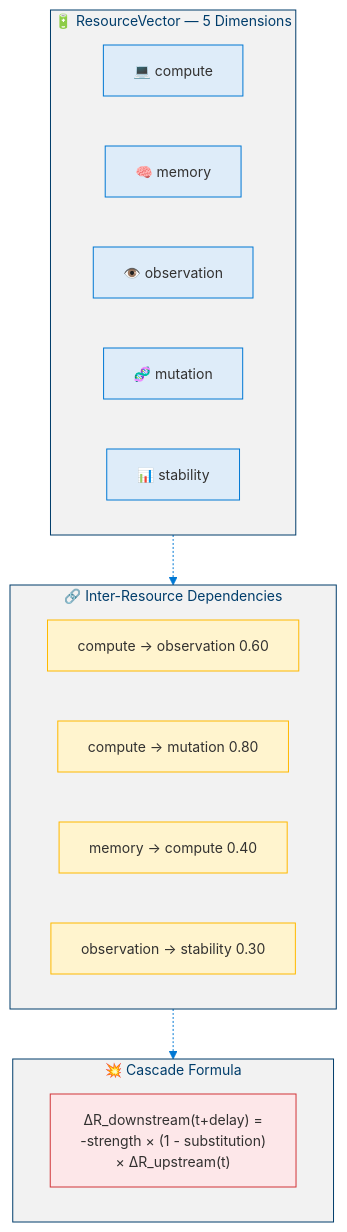
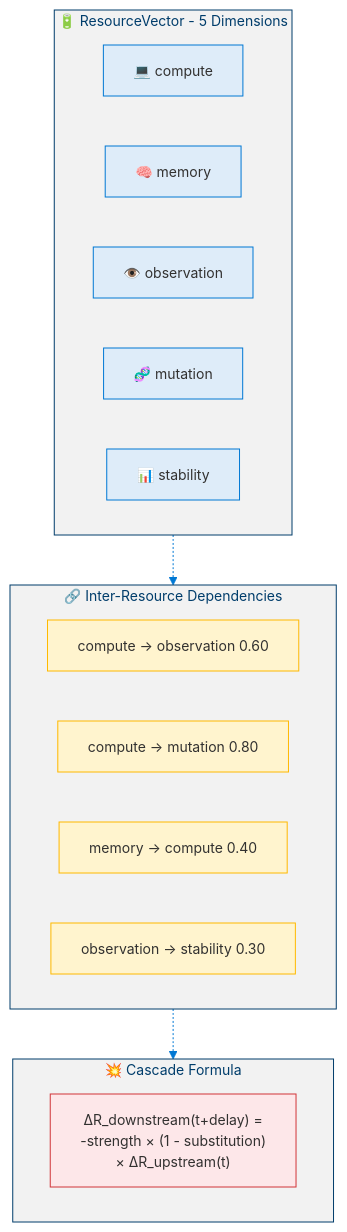
One commit to dotnetpower/mscp changed the ninth of 19 diagrams in docs/levels/Level_4_9_Autonomous_Strategic_Agent.md. Above: the diagram before and after it, drawn with Mermaid. The commit also changed other lines of this file and 26 other files, not shown here.

````diff
--- a/docs/levels/Level_4_9_Autonomous_Strategic_Agent.md
+++ b/docs/levels/Level_4_9_Autonomous_Strategic_Agent.md
@@ -492,30 +492,30 @@
 ```mermaid
 %%{init: {'theme': 'base', 'themeVariables': {'primaryColor': '#0078D4', 'primaryTextColor': '#003D6B', 'primaryBorderColor': '#003D6B', 'secondaryColor': '#50E6FF', 'secondaryTextColor': '#323130', 'secondaryBorderColor': '#00BCF2', 'tertiaryColor': '#F2F2F2', 'tertiaryTextColor': '#323130', 'lineColor': '#0078D4', 'textColor': '#323130', 'mainBkg': '#DEECF9', 'nodeBorder': '#0078D4', 'clusterBkg': '#F2F2F2', 'clusterBorder': '#003D6B', 'titleColor': '#003D6B', 'edgeLabelBackground': '#FFFFFF', 'fontSize': '14px'}}}%%
 flowchart TD
   classDef dim fill:#DEECF9,stroke:#0078D4,color:#323130
   classDef dep fill:#FFF4CE,stroke:#FFB900,color:#323130
   classDef cascade fill:#FDE7E9,stroke:#D13438,color:#323130
 
-  subgraph RV["🔋 ResourceVector — 5 Dimensions"]
+  subgraph RV["🔋 ResourceVector - 5 Dimensions"]
     direction LR
     R1["💻 compute"]:::dim
     R2["🧠 memory"]:::dim
     R3["👁️ observation"]:::dim
     R4["🧬 mutation"]:::dim
     R5["📊 stability"]:::dim
   end
 
   subgraph Dependencies["🔗 Inter-Resource Dependencies"]
     direction LR
     DEP1["compute → observation 0.60"]:::dep
     DEP2["compute → mutation 0.80"]:::dep
     DEP3["memory → compute 0.40"]:::dep
     DEP4["observation → stability 0.30"]:::dep
   end
 
   subgraph Cascade["💥 Cascade Formula"]
     CF["ΔR_downstream(t+delay) =<br/>-strength × (1 - substitution)<br/>× ΔR_upstream(t)"]:::cascade
   end
 
   RV -.-> Dependencies -.-> Cascade
 ```
````
